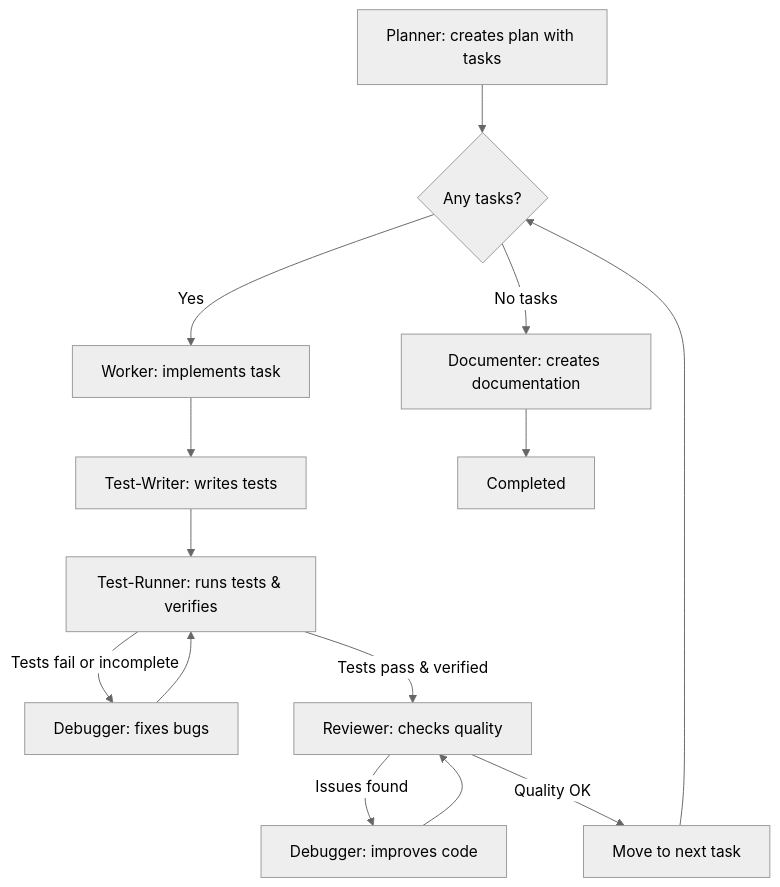
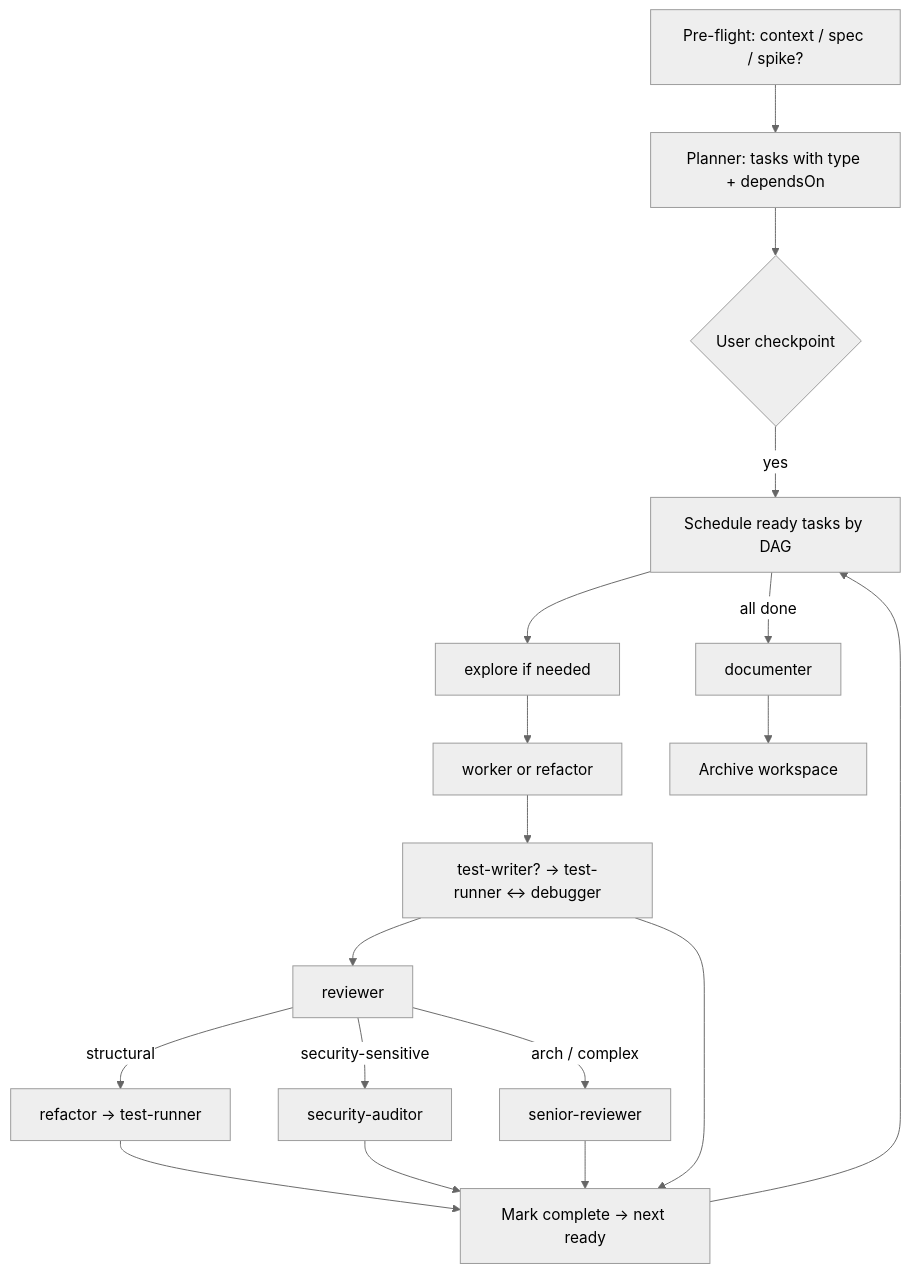
Before and after one commit to khimich1/plan_AI: the diagram in .cursor/skills/orchestration/SKILL.md, drawn with Mermaid (neutral theme). The commit also changed other lines of this file and 36 other files, not shown here.

````diff
--- a/.cursor/skills/orchestration/SKILL.md
+++ b/.cursor/skills/orchestration/SKILL.md
@@ -12,16 +12,20 @@
 ```mermaid
 flowchart TD
-    Planner[Planner: creates plan with tasks] --> Loop{Any tasks?}
-    Loop -->|Yes| Worker[Worker: implements task]
-    Worker --> TestWriter[Test-Writer: writes tests]
-    TestWriter --> TestRunner[Test-Runner: runs tests & verifies]
-    TestRunner -->|Tests fail or incomplete| Debugger1[Debugger: fixes bugs]
-    Debugger1 --> TestRunner
-    TestRunner -->|Tests pass & verified| Reviewer[Reviewer: checks quality]
-    Reviewer -->|Issues found| Debugger2[Debugger: improves code]
-    Debugger2 --> Reviewer
-    Reviewer -->|Quality OK| NextTask[Move to next task]
-    NextTask --> Loop
-    Loop -->|No tasks| Documenter[Documenter: creates documentation]
-    Documenter --> Done[Completed]
+    Pre[Pre-flight: context / spec / spike?] --> Planner[Planner: tasks with type + dependsOn]
+    Planner --> Approve{User checkpoint}
+    Approve -->|yes| DAG[Schedule ready tasks by DAG]
+    DAG --> Explore[explore if needed]
+    Explore --> Work[worker or refactor]
+    Work --> Tests[test-writer? → test-runner ↔ debugger]
+    Tests --> Rev[reviewer]
+    Rev -->|structural| Ref[refactor → test-runner]
+    Rev -->|security-sensitive| Sec[security-auditor]
+    Rev -->|arch / complex| SR[senior-reviewer]
+    Ref --> Next[Mark complete → next ready]
+    Sec --> Next
+    SR --> Next
+    Tests --> Next
+    Next --> DAG
+    DAG -->|all done| Doc[documenter]
+    Doc --> Done[Archive workspace]
 ```
````
